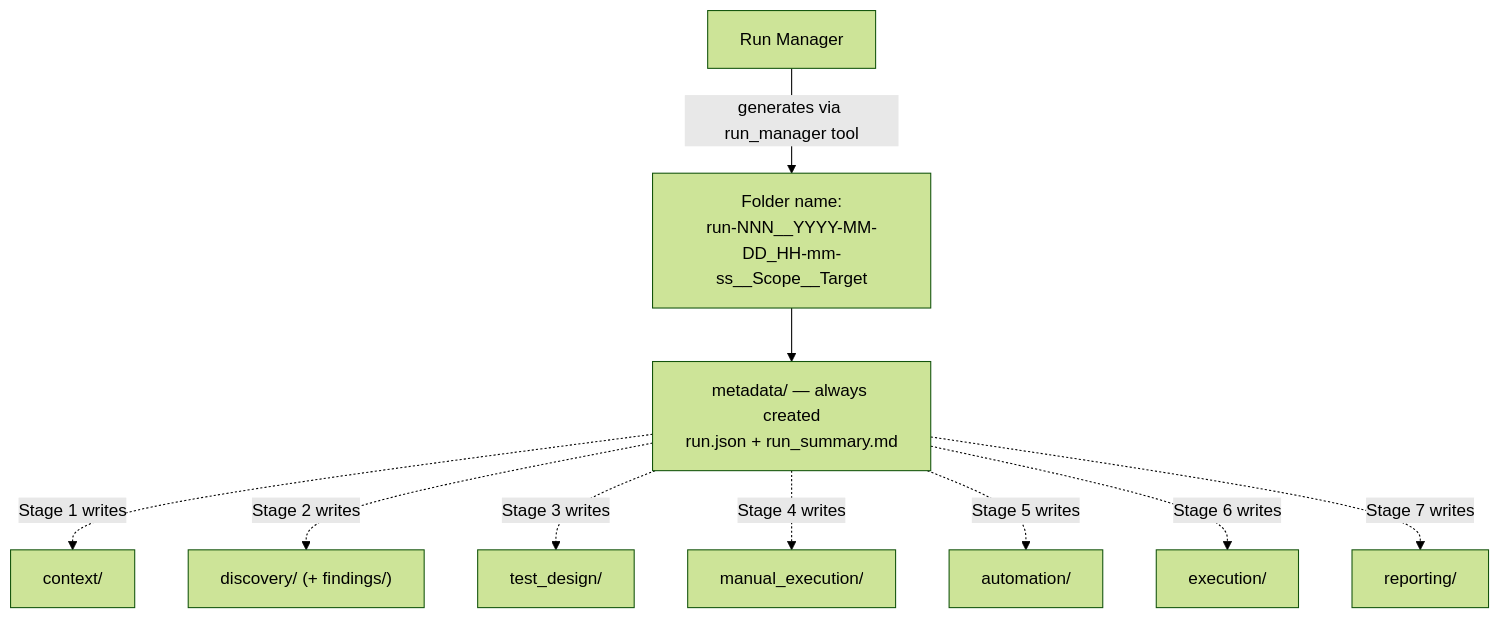
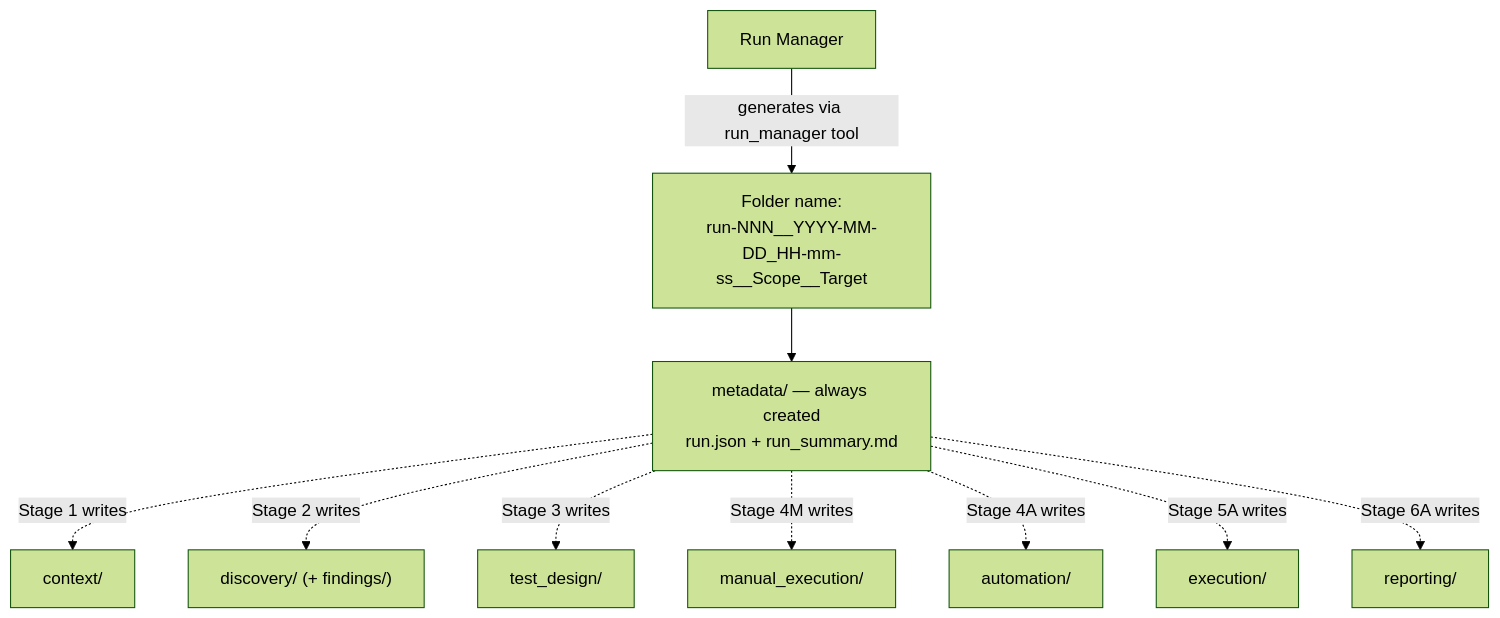
One commit to HusseinAtaHussein1/AISeatMap changed the seventh of 10 diagrams in README.md. Above: the diagram before and after it, drawn with Mermaid (forest theme). The commit also changed other lines of this file and 61 other files, not shown here.

````diff
--- a/README.md
+++ b/README.md
@@ -556,12 +573,12 @@
 ```mermaid
 flowchart TD
     RM["Run Manager"] -->|generates via run_manager tool| RID["Folder name:<br/>run-NNN__YYYY-MM-DD_HH-mm-ss__Scope__Target"]
     RID --> META["metadata/ — always created<br/>run.json + run_summary.md"]
     META -.->|Stage 1 writes| CTX["context/"]
     META -.->|Stage 2 writes| DISC["discovery/ (+ findings/)"]
     META -.->|Stage 3 writes| TDS["test_design/"]
-    META -.->|Stage 4 writes| MANEX["manual_execution/"]
-    META -.->|Stage 5 writes| AUT["automation/"]
-    META -.->|Stage 6 writes| EXE["execution/"]
-    META -.->|Stage 7 writes| REP["reporting/"]
+    META -.->|Stage 4M writes| MANEX["manual_execution/"]
+    META -.->|Stage 4A writes| AUT["automation/"]
+    META -.->|Stage 5A writes| EXE["execution/"]
+    META -.->|Stage 6A writes| REP["reporting/"]
 ```
````
